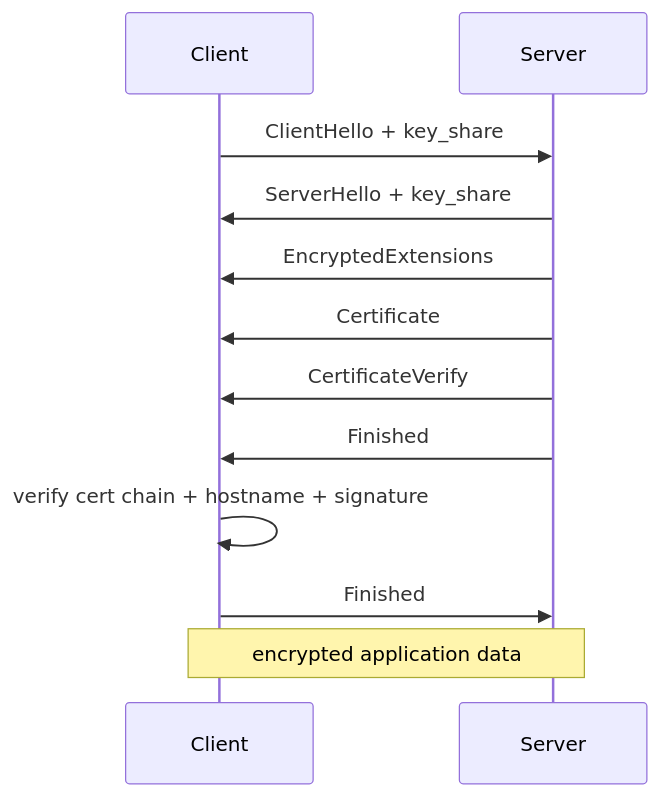
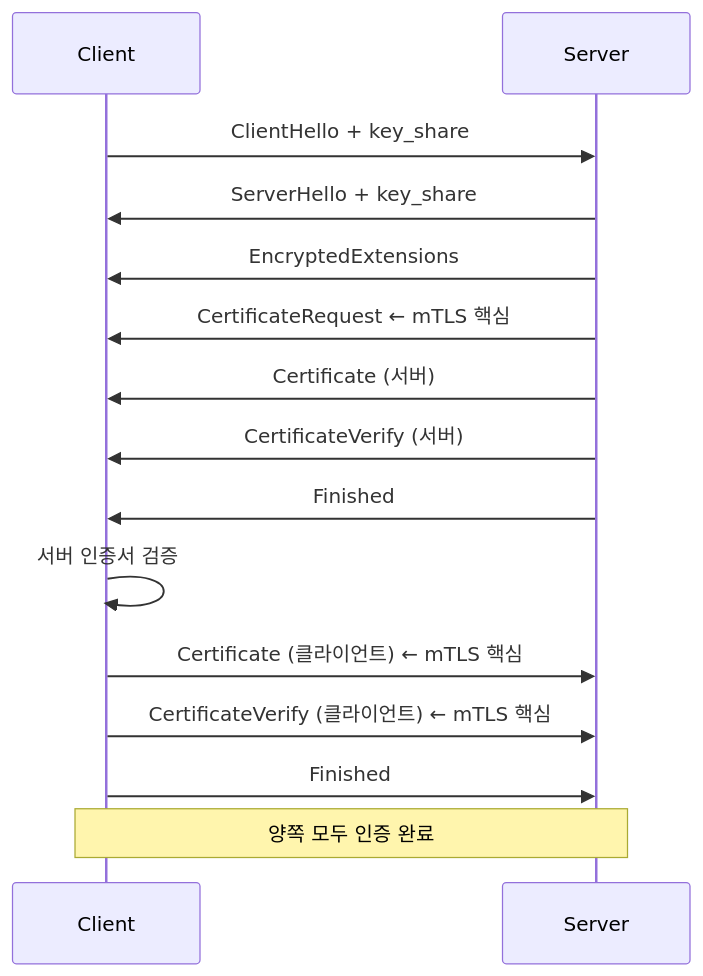
One commit to K-Diger/k-diger.github.io changed diagram 16 of 20 in _posts/2026-04-01-devops-devsecops-security-fundamentals.md. Above: the diagram before and after it, drawn with Mermaid. The commit also changed other lines of this file, not shown here.

````diff
--- a/_posts/2026-04-01-devops-devsecops-security-fundamentals.md
+++ b/_posts/2026-04-01-devops-devsecops-security-fundamentals.md
@@ -405,15 +1054,18 @@
 ```mermaid
 sequenceDiagram
     participant C as Client
     participant S as Server
 
     C->>S: ClientHello + key_share
     S->>C: ServerHello + key_share
     S->>C: EncryptedExtensions
-    S->>C: Certificate
-    S->>C: CertificateVerify
+    S->>C: CertificateRequest ← mTLS 핵심
+    S->>C: Certificate (서버)
+    S->>C: CertificateVerify (서버)
     S->>C: Finished
-    C->>C: verify cert chain + hostname + signature
+    C->>C: 서버 인증서 검증
+    C->>S: Certificate (클라이언트) ← mTLS 핵심
+    C->>S: CertificateVerify (클라이언트) ← mTLS 핵심
     C->>S: Finished
-    Note over C,S: encrypted application data
+    Note over C,S: 양쪽 모두 인증 완료
 ```
````
